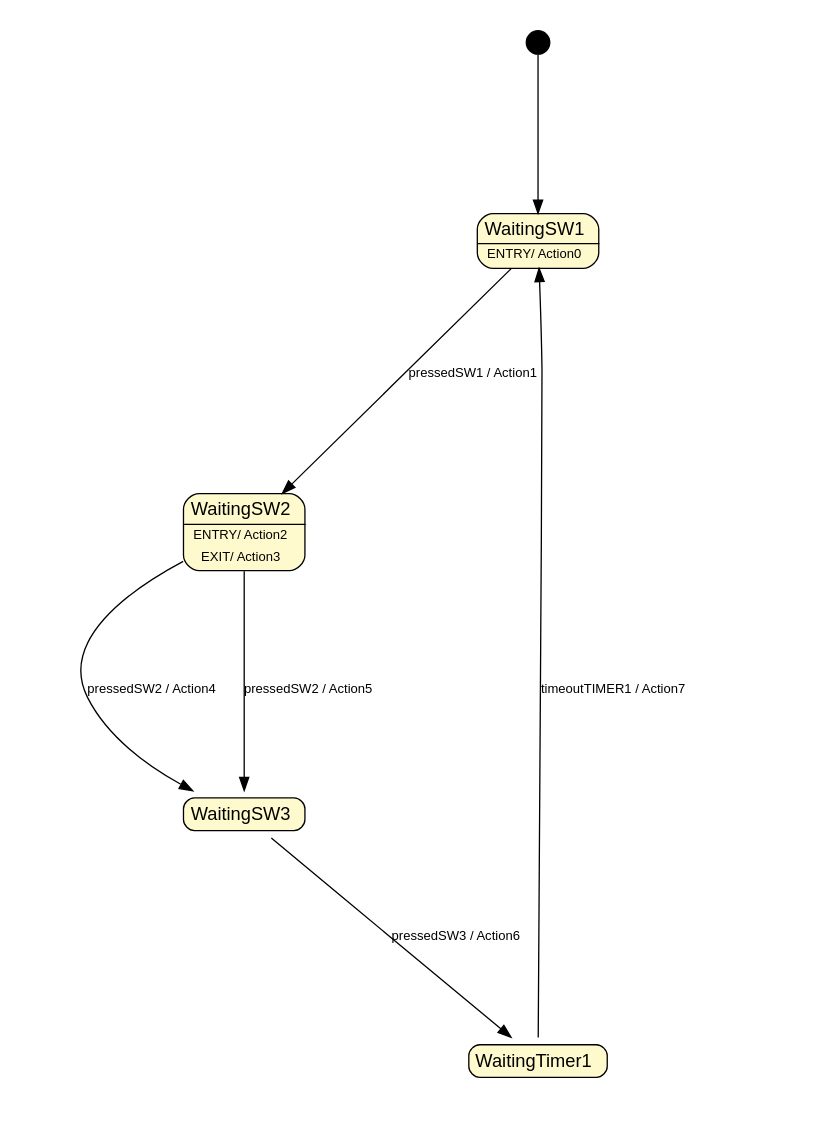
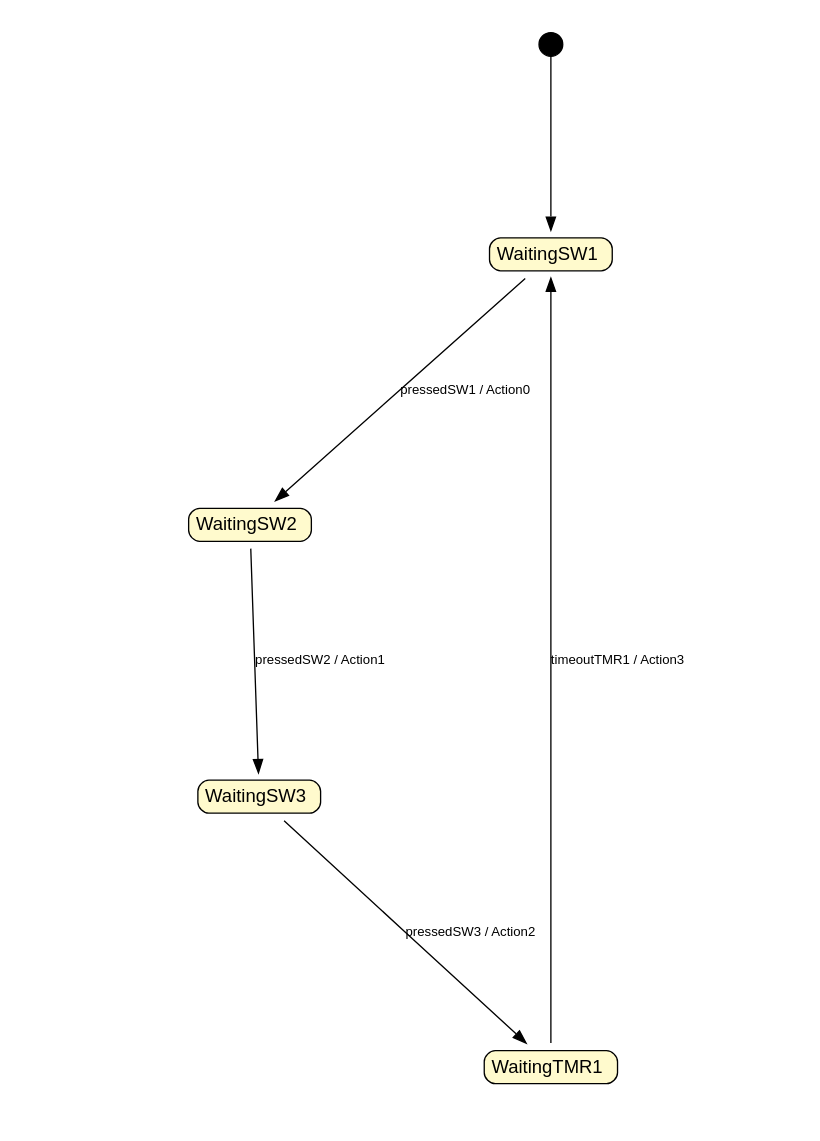
The diagram in v2/Demo/FsmDemo/Machine/fsmMachine.dot (Rafa350/EOS), drawn with Graphviz before and after one commit. The commit also changed 10 other files, not shown here.

```diff
--- a/v2/Demo/FsmDemo/Machine/fsmMachine.dot
+++ b/v2/Demo/FsmDemo/Machine/fsmMachine.dot
@@ -1,67 +1,64 @@
 digraph {
     ratio = "fill"
     size = "8.3,11.7!"
     margin = 0.5
     fontname = "arial"
     fontsize = 10
 
     node [
         fontname = "arial",
         fontsize = 14,
         shape = "none",
         margin = 0
     ]
 
     edge [
         fontname = "arial",
         fontsize = 10
     ]
 
     START [
         label= "",
         width = "0.25",
         height = "0.25",
         shape = "circle",
         style = "filled",
         fillcolor ="black"
     ]
 
     WaitingSW1 [
-        label = <<table cellborder="0" style="rounded" bgcolor="lemonchiffon"><tr><td><font point-size="14"> WaitingSW1 </font></td></tr><hr/><tr><td><font point-size="10"> ENTRY/ Action0 </font></td></tr></table>>
+        label = <<table cellborder="0" style="rounded" bgcolor="lemonchiffon"><tr><td><font point-size="14"> WaitingSW1 </font></td></tr></table>>
     ];
 
     WaitingSW2 [
-        label = <<table cellborder="0" style="rounded" bgcolor="lemonchiffon"><tr><td><font point-size="14"> WaitingSW2 </font></td></tr><hr/><tr><td><font point-size="10"> ENTRY/ Action2 </font></td></tr><tr><td><font point-size="10"> EXIT/ Action3 </font></td></tr></table>>
+        label = <<table cellborder="0" style="rounded" bgcolor="lemonchiffon"><tr><td><font point-size="14"> WaitingSW2 </font></td></tr></table>>
     ];
 
     WaitingSW3 [
         label = <<table cellborder="0" style="rounded" bgcolor="lemonchiffon"><tr><td><font point-size="14"> WaitingSW3 </font></td></tr></table>>
     ];
 
-    WaitingTimer1 [
-        label = <<table cellborder="0" style="rounded" bgcolor="lemonchiffon"><tr><td><font point-size="14"> WaitingTimer1 </font></td></tr></table>>
+    WaitingTMR1 [
+        label = <<table cellborder="0" style="rounded" bgcolor="lemonchiffon"><tr><td><font point-size="14"> WaitingTMR1 </font></td></tr></table>>
     ];
 
 
     START->WaitingSW1
 
     WaitingSW1->WaitingSW2 [
-        label = "pressedSW1 / Action1"
+        label = "pressedSW1 / Action0"
     ];
 
     WaitingSW2->WaitingSW3 [
-        label = "pressedSW2 / Action4"
-    ];
-    WaitingSW2->WaitingSW3 [
-        label = "pressedSW2 / Action5"
+        label = "pressedSW2 / Action1"
     ];
 
-    WaitingSW3->WaitingTimer1 [
-        label = "pressedSW3 / Action6"
+    WaitingSW3->WaitingTMR1 [
+        label = "pressedSW3 / Action2"
     ];
 
-    WaitingTimer1->WaitingSW1 [
-        label = "timeoutTIMER1 / Action7"
+    WaitingTMR1->WaitingSW1 [
+        label = "timeoutTMR1 / Action3"
     ];
 
 }
```
